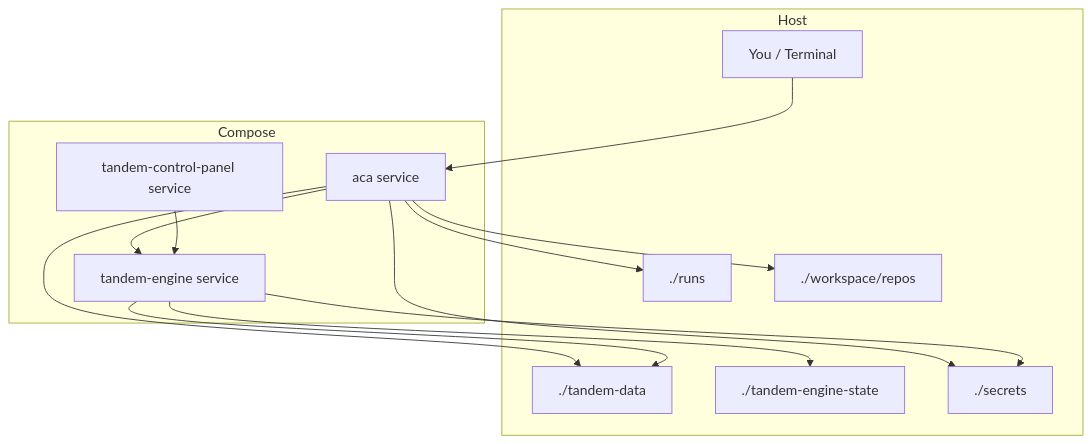
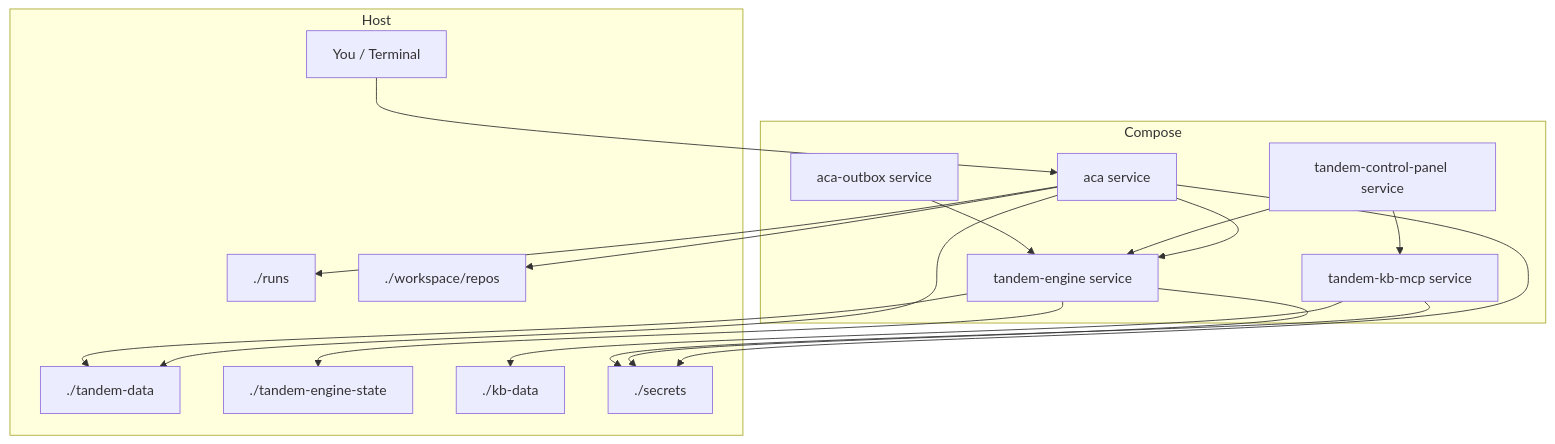
The second of 3 diagrams in README.md (frumu-ai/tandem-agents), drawn with Mermaid before and after one commit. The commit also changed other lines of this file and 5 other files, not shown here.

````diff
--- a/README.md
+++ b/README.md
@@ -82,28 +93,35 @@
 ```mermaid
 flowchart TB
     subgraph Host
       OP[You / Terminal]
       RUNS[./runs]
       WS[./workspace/repos]
       TD[./tandem-data]
       TES[./tandem-engine-state]
+      KBD[./kb-data]
       SEC[./secrets]
     end
 
     subgraph Compose
       ACA[aca service]
       ENG[tandem-engine service]
       UI[tandem-control-panel service]
+      KB[tandem-kb-mcp service]
+      OUT[aca-outbox service]
     end
 
     OP --> ACA
     ACA --> ENG
     UI --> ENG
+    UI --> KB
+    OUT --> ENG
     ACA --> RUNS
     ACA --> WS
     ACA --> TD
     ENG --> TES
     ENG --> TD
+    KB --> KBD
     ACA --> SEC
     ENG --> SEC
+    KB --> SEC
 ```
````
